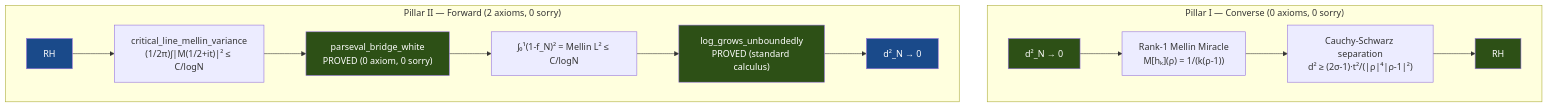
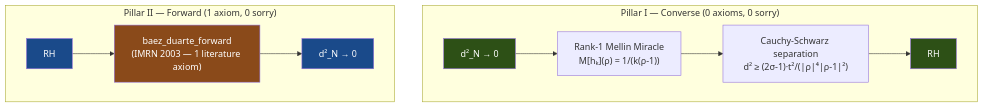
Before and after one commit to jrgochan/prime: the diagram in OVERVIEW.md, drawn with Mermaid. The commit also changed other lines of this file and 2 other files, not shown here.

First line of the commit message:
docs: Update all papers to v16 (One-Pillar Cathedral)

````diff
--- a/OVERVIEW.md
+++ b/OVERVIEW.md
@@ -36,27 +36,23 @@
 ```mermaid
 graph TD
     subgraph "Pillar I — Converse (0 axioms, 0 sorry)"
         C1["d²_N → 0"]
         C2["Rank-1 Mellin Miracle<br/>M[hₖ](ρ) = 1/(k(ρ-1))"]
         C3["Cauchy-Schwarz separation<br/>d² ≥ (2σ-1)·t²/(|ρ|⁴|ρ-1|²)"]
         C5["RH"]
         C1 --> C2 --> C3 --> C5
     end
 
-    subgraph "Pillar II — Forward (2 axioms, 0 sorry)"
+    subgraph "Pillar II — Forward (1 axiom, 0 sorry)"
         F1["RH"]
-        F2["critical_line_mellin_variance<br/>(1/2π)∫|M(1/2+it)|² ≤ C/logN"]
-        F3["parseval_bridge_white<br/>PROVED (0 axiom, 0 sorry)"]
-        F4["∫₀¹(1-f_N)² = Mellin L² ≤ C/logN"]
-        F5["log_grows_unboundedly<br/>PROVED (standard calculus)"]
+        F2["baez_duarte_forward<br/>(IMRN 2003 — 1 literature axiom)"]
         F6["d²_N → 0"]
-        F1 --> F2 --> F3 --> F4 --> F5 --> F6
+        F1 --> F2 --> F6
     end
 
     style C1 fill:#2d5016,color:white
     style C5 fill:#2d5016,color:white
     style F1 fill:#1a4a8a,color:white
     style F6 fill:#1a4a8a,color:white
-    style F3 fill:#2d5016,color:white
-    style F5 fill:#2d5016,color:white
+    style F2 fill:#8a4a1a,color:white
 ```
````
